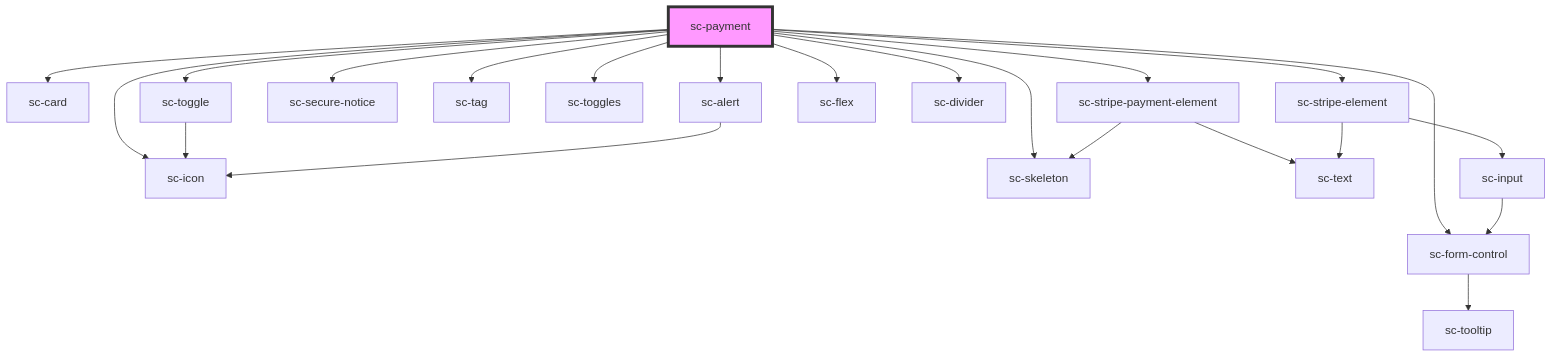
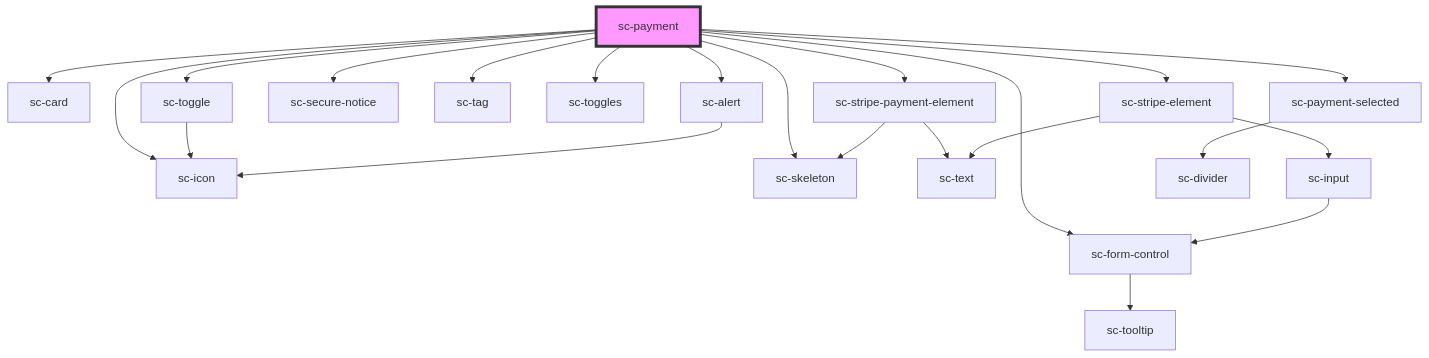
The diagram in packages/components/src/components/controllers/checkout-form/payment/readme.md (surecart/surecart-wp-plugin), drawn with Mermaid before and after one commit. The commit also changed other lines of this file and 15 other files, not shown here.

````diff
--- a/packages/components/src/components/controllers/checkout-form/payment/readme.md
+++ b/packages/components/src/components/controllers/checkout-form/payment/readme.md
@@ -55,25 +54,25 @@
 ```mermaid
 graph TD;
   sc-payment --> sc-card
   sc-payment --> sc-stripe-payment-element
   sc-payment --> sc-stripe-element
   sc-payment --> sc-secure-notice
   sc-payment --> sc-tag
   sc-payment --> sc-form-control
   sc-payment --> sc-toggles
   sc-payment --> sc-toggle
   sc-payment --> sc-icon
-  sc-payment --> sc-flex
-  sc-payment --> sc-divider
+  sc-payment --> sc-payment-selected
   sc-payment --> sc-skeleton
   sc-payment --> sc-alert
   sc-stripe-payment-element --> sc-text
   sc-stripe-payment-element --> sc-skeleton
   sc-stripe-element --> sc-input
   sc-stripe-element --> sc-text
   sc-input --> sc-form-control
   sc-form-control --> sc-tooltip
   sc-toggle --> sc-icon
+  sc-payment-selected --> sc-divider
   sc-alert --> sc-icon
   style sc-payment fill:#f9f,stroke:#333,stroke-width:4px
 ```
````
